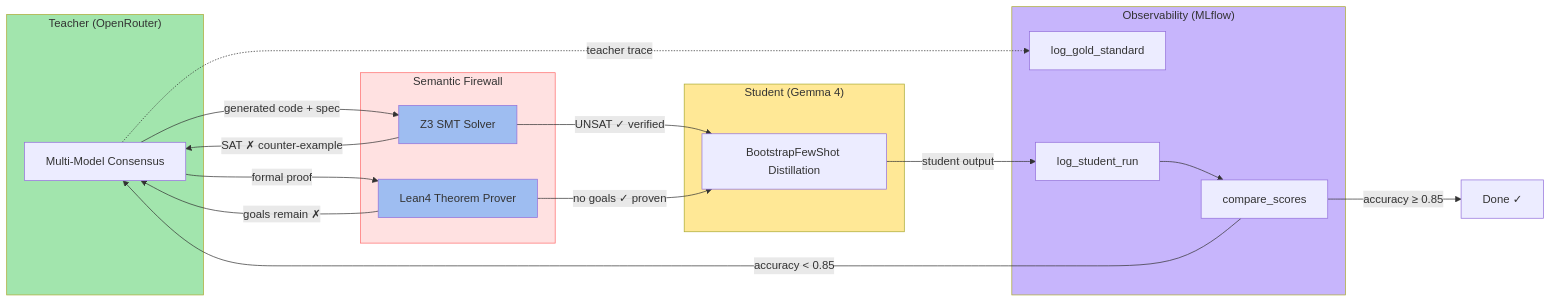
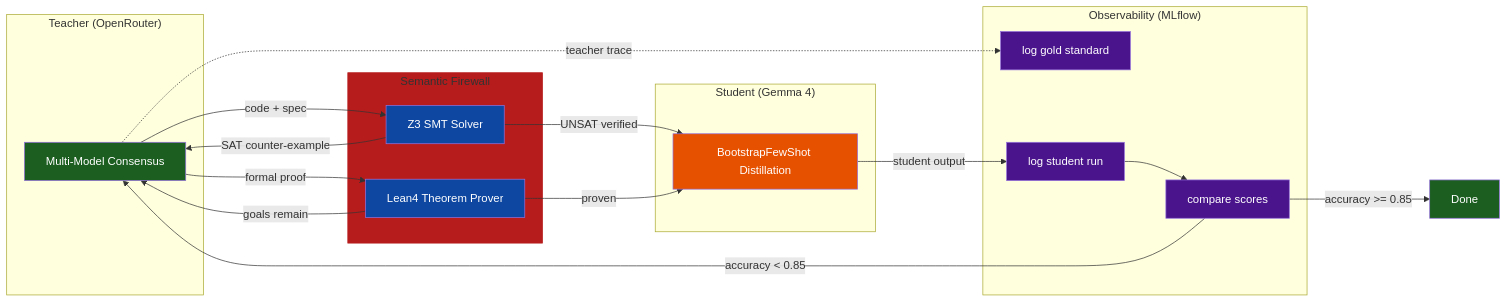
Before and after one commit to OctAg0nO/lab-experiments: the second of 4 diagrams in lab/12_formal_evolution/README.md, drawn with Mermaid. The commit also changed other lines of this file, not shown here.

First line of the commit message:
Optimize all 4 Mermaid diagrams for GitHub rendering

````diff
--- a/lab/12_formal_evolution/README.md
+++ b/lab/12_formal_evolution/README.md
@@ -200,37 +200,44 @@
 ```mermaid
 flowchart LR
     subgraph Teacher["Teacher (OpenRouter)"]
         T[Multi-Model Consensus]
     end
+
     subgraph Firewall["Semantic Firewall"]
         Z3[Z3 SMT Solver]
         L4[Lean4 Theorem Prover]
     end
+
     subgraph Student["Student (Gemma 4)"]
         S[BootstrapFewShot Distillation]
     end
+
     subgraph Log["Observability (MLflow)"]
-        M1[log_gold_standard]
-        M2[log_student_run]
-        M3[compare_scores]
+        M1[log gold standard]
+        M2[log student run]
+        M3[compare scores]
     end
 
-    T -->|generated code + spec| Z3
+    T -->|code + spec| Z3
     T -->|formal proof| L4
-    Z3 -->|UNSAT ✓ verified| S
-    L4 -->|no goals ✓ proven| S
-    Z3 -->|SAT ✗ counter-example| T
-    L4 -->|goals remain ✗| T
+    Z3 -->|UNSAT verified| S
+    L4 -->|proven| S
+    Z3 -->|SAT counter-example| T
+    L4 -->|goals remain| T
     S -->|student output| M2
     T -.->|teacher trace| M1
     M2 --> M3
     M3 -->|accuracy < 0.85| T
-    M3 -->|accuracy ≥ 0.85| D[Done ✓]
+    M3 -->|accuracy >= 0.85| D[Done]
 
-    style Z3 fill:#4a9eff88
-    style L4 fill:#4a9eff88
-    style Firewall fill:#ff6b6b33,stroke:#ff6b6b
-    style Teacher fill:#51cf6688
-    style Student fill:#ffd43b88
-    style Log fill:#9775fa88
+    %% Styles
+    style T fill:#1b5e20,color:#fff
+    style Z3 fill:#0d47a1,color:#fff
+    style L4 fill:#0d47a1,color:#fff
+    style S fill:#e65100,color:#fff
+    style Firewall fill:#b71c1c,stroke:#b71c1c
+    style M1 fill:#4a148c,color:#fff
+    style M2 fill:#4a148c,color:#fff
+    style M3 fill:#4a148c,color:#fff
+    style D fill:#1b5e20,color:#fff
 ```
````
